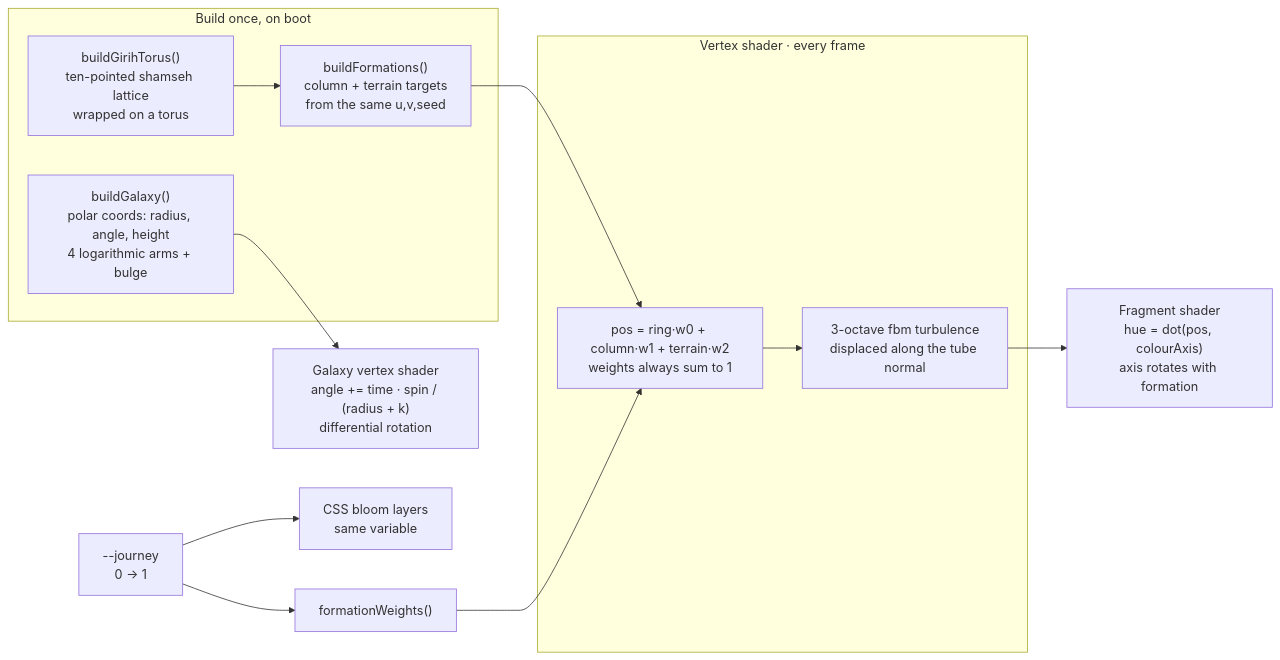
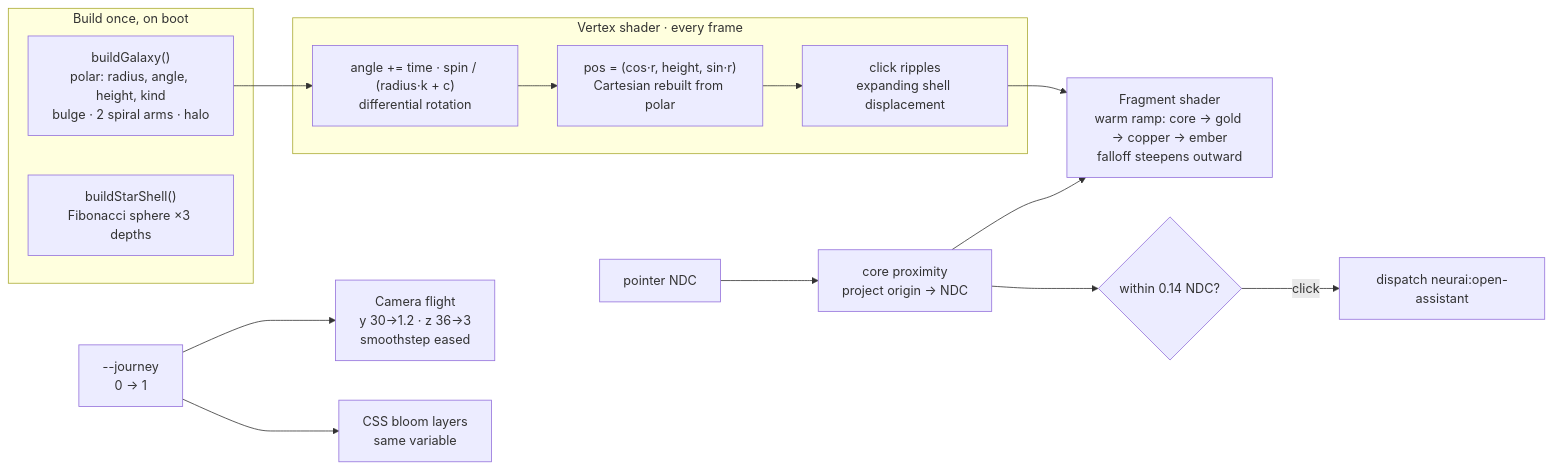
The sixth of 10 diagrams in docs/DIAGRAMS.md (Dr-Bagheri/neurai), drawn with Mermaid before and after one commit. The commit also changed other lines of this file and 20 other files, not shown here.

First line of the commit message:
feat(design): galaxy-only cosmos, warm palette, and the core as the assistant

````diff
--- a/docs/DIAGRAMS.md
+++ b/docs/DIAGRAMS.md
@@ -292,24 +292,24 @@
 ```mermaid
 flowchart LR
     subgraph build["Build once, on boot"]
-        girih["buildGirihTorus()<br/>ten-pointed shamseh lattice<br/>wrapped on a torus"]
-        forms["buildFormations()<br/>column + terrain targets<br/>from the same u,v,seed"]
-        gal["buildGalaxy()<br/>polar coords: radius, angle, height<br/>4 logarithmic arms + bulge"]
-        girih --> forms
+        gal["buildGalaxy()<br/>polar: radius, angle, height, kind<br/>bulge · 2 spiral arms · halo"]
+        stars["buildStarShell()<br/>Fibonacci sphere ×3 depths"]
     end
 
-    gal --> galshader["Galaxy vertex shader<br/>angle += time · spin / (radius + k)<br/>differential rotation"]
-
     subgraph gpu["Vertex shader · every frame"]
-        blend["pos = ring·w0 + column·w1 + terrain·w2<br/>weights always sum to 1"]
-        turb["3-octave fbm turbulence<br/>displaced along the tube normal"]
-        blend --> turb
+        rot["angle += time · spin / (radius·k + c)<br/>differential rotation"]
+        rebuild["pos = (cos·r, height, sin·r)<br/>Cartesian rebuilt from polar"]
+        ripple["click ripples<br/>expanding shell displacement"]
+        rot --> rebuild --> ripple
     end
 
-    forms --> blend
-    scroll["--journey<br/>0 → 1"] --> weights["formationWeights()"]
-    weights --> blend
+    gal --> rot
+    scroll["--journey<br/>0 → 1"] --> flight["Camera flight<br/>y 30→1.2 · z 36→3<br/>smoothstep eased"]
     scroll --> css["CSS bloom layers<br/>same variable"]
 
-    turb --> frag["Fragment shader<br/>hue = dot(pos, colourAxis)<br/>axis rotates with formation"]
+    ripple --> frag["Fragment shader<br/>warm ramp: core → gold → copper → ember<br/>falloff steepens outward"]
+    pointer["pointer NDC"] --> prox["core proximity<br/>project origin → NDC"]
+    prox --> frag
+    prox --> hit{"within 0.14 NDC?"}
+    hit -->|click| open["dispatch neurai:open-assistant"]
 ```
````
